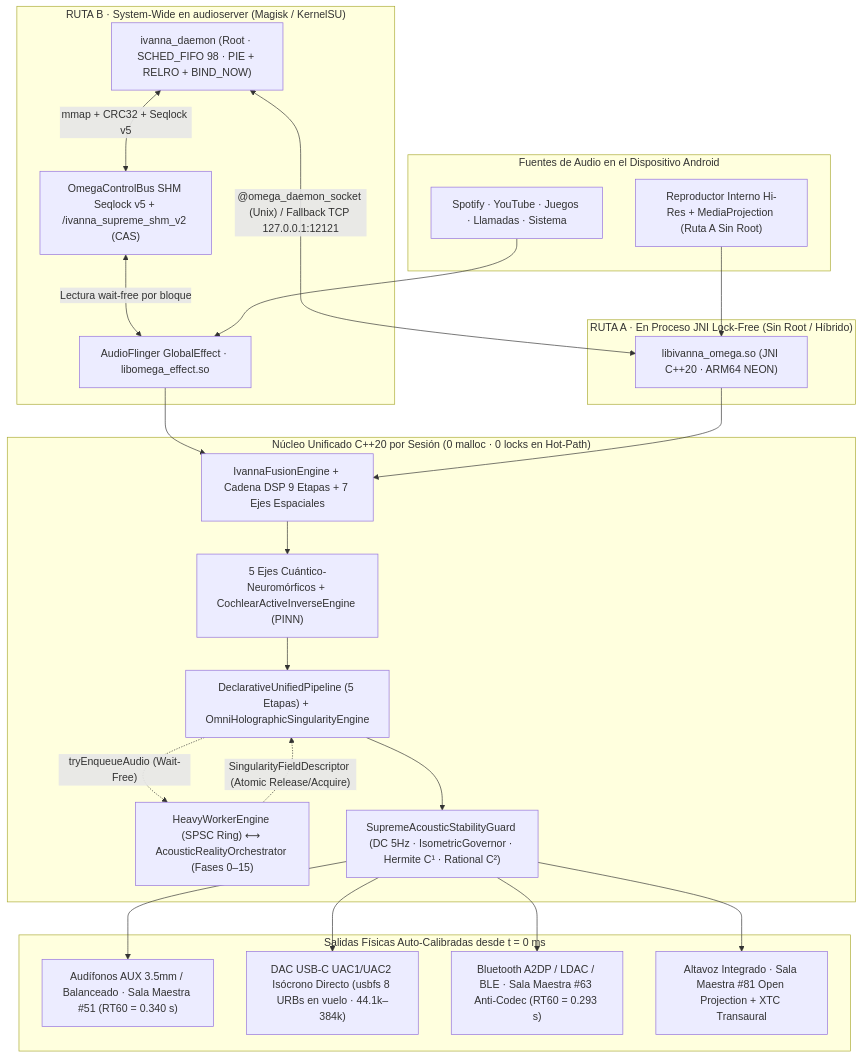
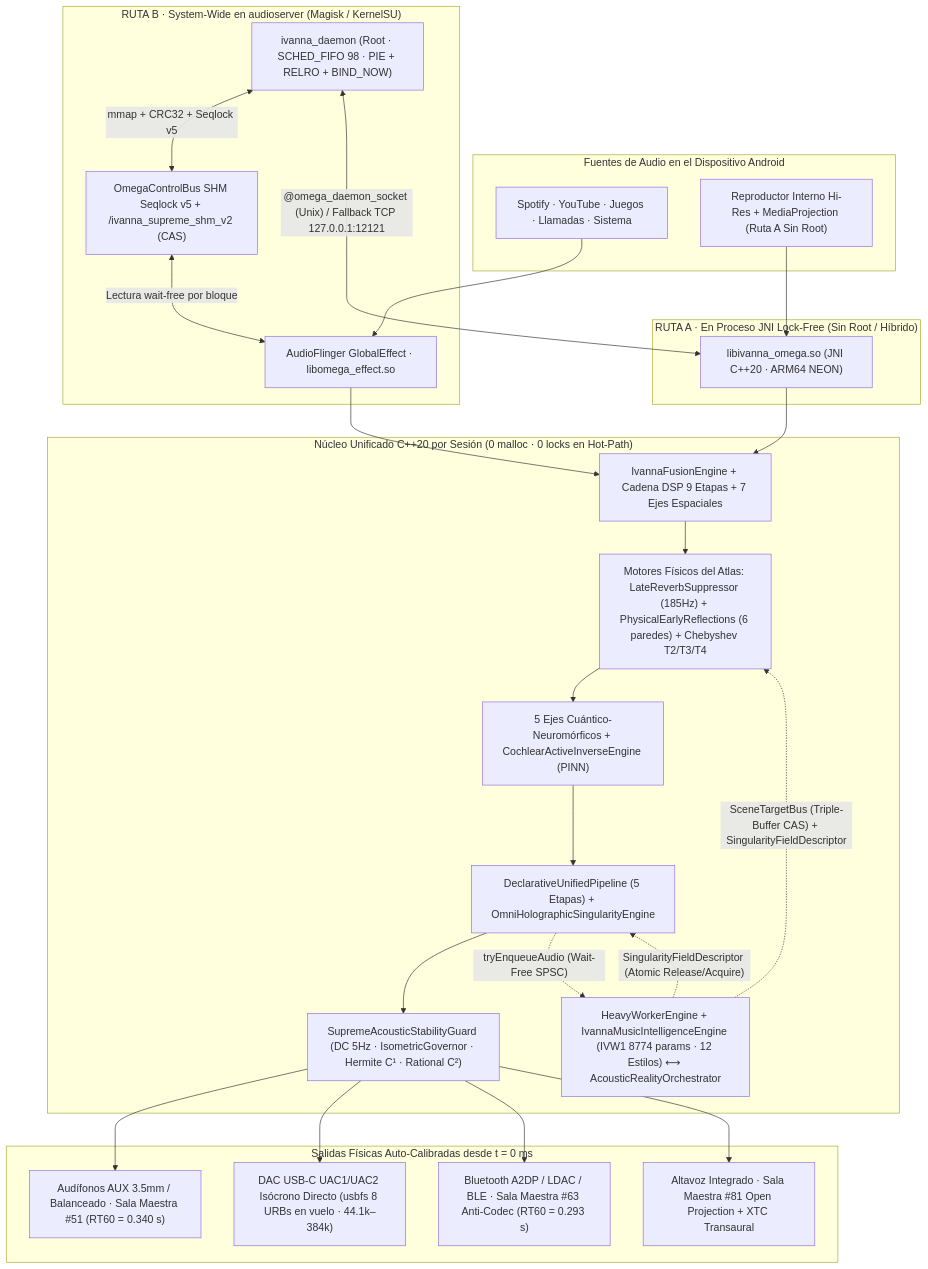
Before and after one commit to luisurielpimentelperez814-design/IVANNA-OMEGA-SUPREME: the diagram in README.md, drawn with Mermaid. The commit also changed other lines of this file and 8 other files, not shown here.

Commit message:
docs(readme): upgrade visual architecture, SVG infographics, and verified v2.4.0 metrics (174/174 CTest, 6/6 static gates, Atlas IVW1)

````diff
--- a/README.md
+++ b/README.md
@@ -76,43 +91,45 @@
 ```mermaid
 flowchart TB
     subgraph SOURCES["Fuentes de Audio en el Dispositivo Android"]
         S1["Spotify · YouTube · Juegos · Llamadas · Sistema"]
         S2["Reproductor Interno Hi-Res + MediaProjection (Ruta A Sin Root)"]
     end
 
     subgraph ROUTEB["RUTA B · System-Wide en audioserver (Magisk / KernelSU)"]
         AF["AudioFlinger GlobalEffect · libomega_effect.so"]
         DAEMON["ivanna_daemon (Root · SCHED_FIFO 98 · PIE + RELRO + BIND_NOW)"]
         SHM["OmegaControlBus SHM Seqlock v5 + /ivanna_supreme_shm_v2 (CAS)"]
         DAEMON <-->|"mmap + CRC32 + Seqlock v5"| SHM
         SHM <-->|"Lectura wait-free por bloque"| AF
     end
 
     subgraph ROUTEA["RUTA A · En Proceso JNI Lock-Free (Sin Root / Híbrido)"]
         JNI["libivanna_omega.so (JNI C++20 · ARM64 NEON)"]
         DAEMON <-->|"@omega_daemon_socket (Unix) / Fallback TCP 127.0.0.1:12121"| JNI
     end
 
     subgraph CORE["Núcleo Unificado C++20 por Sesión (0 malloc · 0 locks en Hot-Path)"]
         FUSION["IvannaFusionEngine + Cadena DSP 9 Etapas + 7 Ejes Espaciales"]
+        ATLASDSP["Motores Físicos del Atlas: LateReverbSuppressor (185Hz) + PhysicalEarlyReflections (6 paredes) + Chebyshev T2/T3/T4"]
         AXES["5 Ejes Cuántico-Neuromórficos + CochlearActiveInverseEngine (PINN)"]
         UNIFIED["DeclarativeUnifiedPipeline (5 Etapas) + OmniHolographicSingularityEngine"]
-        WORKER["HeavyWorkerEngine (SPSC Ring) ⟷ AcousticRealityOrchestrator (Fases 0–15)"]
+        WORKER["HeavyWorkerEngine + IvannaMusicIntelligenceEngine (IVW1 8774 params · 12 Estilos) ⟷ AcousticRealityOrchestrator"]
         GUARD["SupremeAcousticStabilityGuard (DC 5Hz · IsometricGovernor · Hermite C¹ · Rational C²)"]
 
-        FUSION --> AXES --> UNIFIED --> GUARD
-        UNIFIED -.->|"tryEnqueueAudio (Wait-Free)"| WORKER
+        FUSION --> ATLASDSP --> AXES --> UNIFIED --> GUARD
+        UNIFIED -.->|"tryEnqueueAudio (Wait-Free SPSC)"| WORKER
+        WORKER -.->|"SceneTargetBus (Triple-Buffer CAS) + SingularityFieldDescriptor"| ATLASDSP
         WORKER -.->|"SingularityFieldDescriptor (Atomic Release/Acquire)"| UNIFIED
     end
 
     subgraph OUTPUTS["Salidas Físicas Auto-Calibradas desde t = 0 ms"]
         OUT1["Audífonos AUX 3.5mm / Balanceado · Sala Maestra #51 (RT60 = 0.340 s)"]
         OUT2["DAC USB-C UAC1/UAC2 Isócrono Directo (usbfs 8 URBs en vuelo · 44.1k–384k)"]
         OUT3["Bluetooth A2DP / LDAC / BLE · Sala Maestra #63 Anti-Codec (RT60 = 0.293 s)"]
         OUT4["Altavoz Integrado · Sala Maestra #81 Open Projection + XTC Transaural"]
     end
 
     S1 --> AF --> FUSION
     S2 --> JNI --> FUSION
     GUARD --> OUT1 & OUT2 & OUT3 & OUT4
 ```
````
